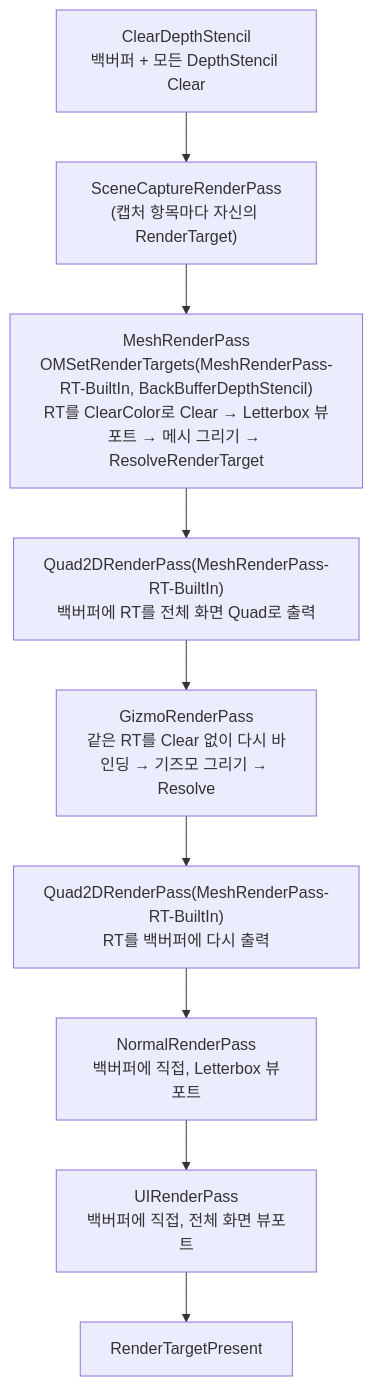
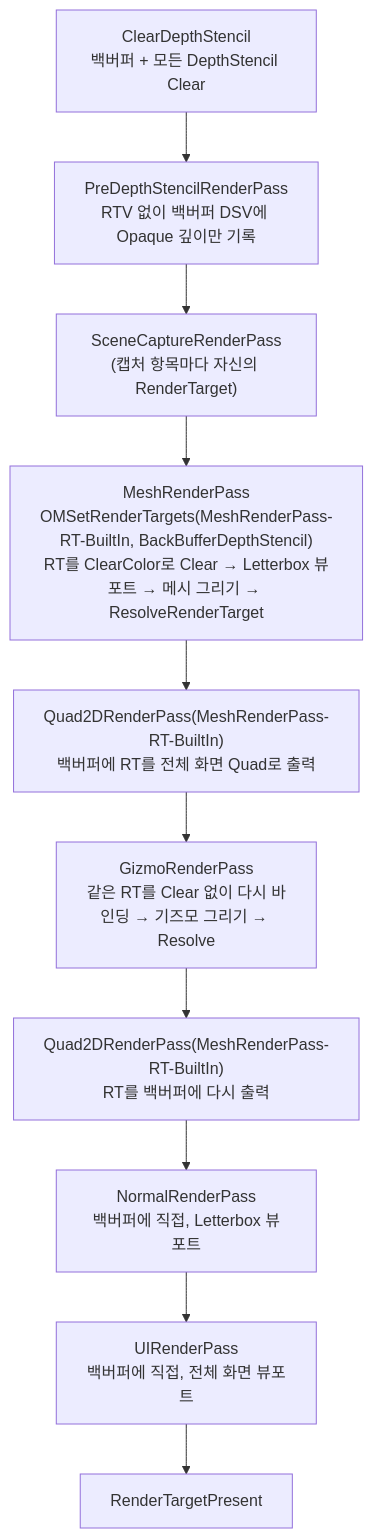
One commit to Gat-Young/ForestPearlEngine changed diagram 12 of 27 in README.md. Above: the diagram before and after it, drawn with Mermaid. The commit also changed other lines of this file and 4 other files, not shown here.

````diff
--- a/README.md
+++ b/README.md
@@ -1005,11 +1047,12 @@
 ```mermaid
 flowchart TD
-    CL["ClearDepthStencil<br/>백버퍼 + 모든 DepthStencil Clear"] --> SC["SceneCaptureRenderPass<br/>(캡처 항목마다 자신의 RenderTarget)"]
+    CL["ClearDepthStencil<br/>백버퍼 + 모든 DepthStencil Clear"] --> PD["PreDepthStencilRenderPass<br/>RTV 없이 백버퍼 DSV에 Opaque 깊이만 기록"]
+    PD --> SC["SceneCaptureRenderPass<br/>(캡처 항목마다 자신의 RenderTarget)"]
     SC --> M1["MeshRenderPass<br/>OMSetRenderTargets(MeshRenderPass-RT-BuiltIn, BackBufferDepthStencil)<br/>RT를 ClearColor로 Clear → Letterbox 뷰포트 → 메시 그리기 → ResolveRenderTarget"]
     M1 --> Q1["Quad2DRenderPass(MeshRenderPass-RT-BuiltIn)<br/>백버퍼에 RT를 전체 화면 Quad로 출력"]
     Q1 --> G1["GizmoRenderPass<br/>같은 RT를 Clear 없이 다시 바인딩 → 기즈모 그리기 → Resolve"]
     G1 --> Q2["Quad2DRenderPass(MeshRenderPass-RT-BuiltIn)<br/>RT를 백버퍼에 다시 출력"]
     Q2 --> N["NormalRenderPass<br/>백버퍼에 직접, Letterbox 뷰포트"]
     N --> U["UIRenderPass<br/>백버퍼에 직접, 전체 화면 뷰포트"]
     U --> P["RenderTargetPresent"]
 ```
````
